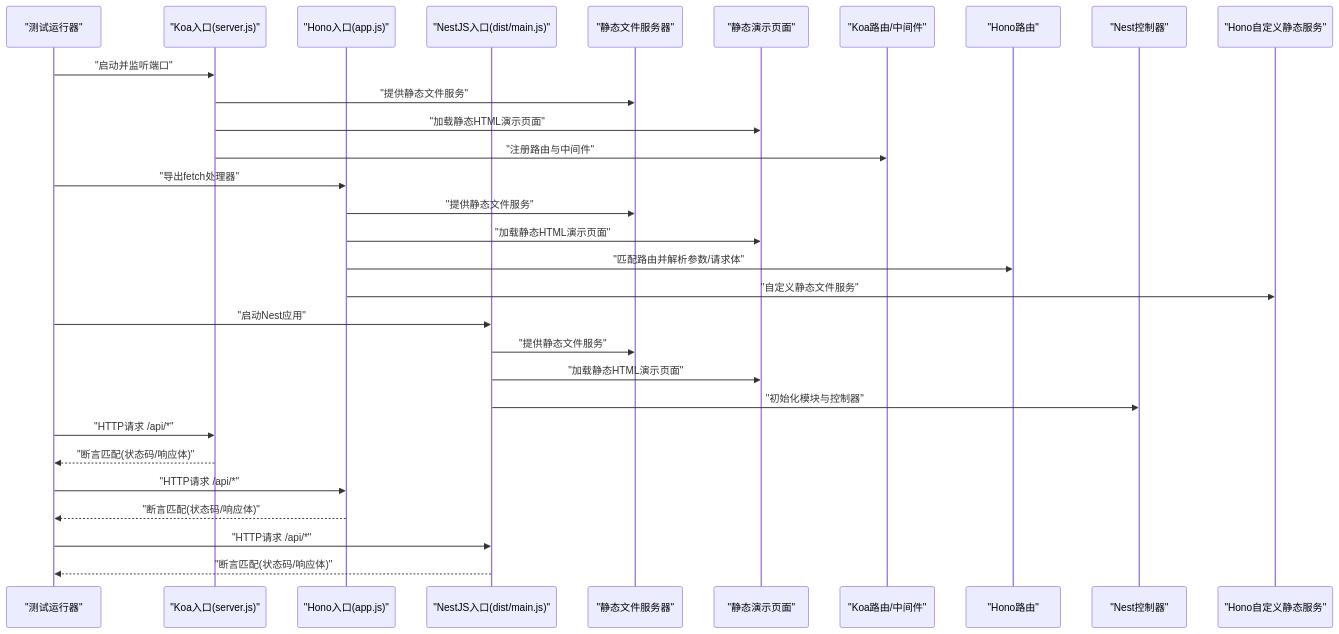
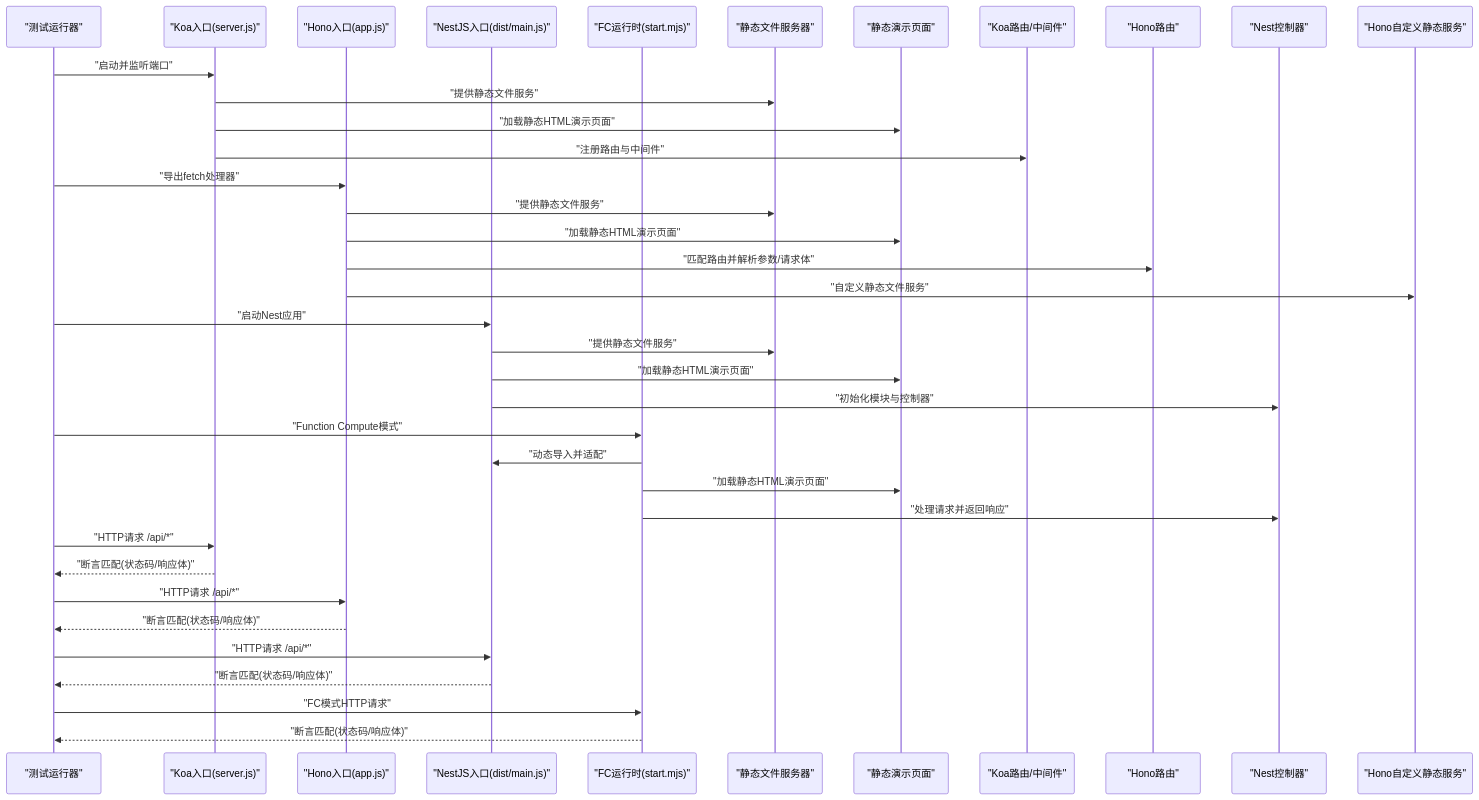
One commit to esa-sp/test-for-aone-ci changed the second of 8 diagrams in .qoder/repowiki/zh/content/后端框架测试/Koa、Hono、NestJS框架测试.md. Above: the diagram before and after it, drawn with Mermaid. The commit also changed other lines of this file and 51 other files, not shown here.

````diff
--- a/.qoder/repowiki/zh/content/后端框架测试/Koa、Hono、NestJS框架测试.md
+++ b/.qoder/repowiki/zh/content/后端框架测试/Koa、Hono、NestJS框架测试.md
@@ -169,32 +191,39 @@
 ```mermaid
 sequenceDiagram
 participant Runner as "测试运行器"
 participant KoaEntry as "Koa入口(server.js)"
 participant HonoEntry as "Hono入口(app.js)"
 participant NestEntry as "NestJS入口(dist/main.js)"
+participant FCRuntime as "FC运行时(start.mjs)"
 participant StaticServer as "静态文件服务器"
 participant DemoPage as "静态演示页面"
 participant KoaRouter as "Koa路由/中间件"
 participant HonoRouter as "Hono路由"
 participant NestCtrl as "Nest控制器"
 participant HonoCustomStatic as "Hono自定义静态服务"
 Runner->>KoaEntry : "启动并监听端口"
 KoaEntry->>StaticServer : "提供静态文件服务"
 KoaEntry->>DemoPage : "加载静态HTML演示页面"
 KoaEntry->>KoaRouter : "注册路由与中间件"
 Runner->>HonoEntry : "导出fetch处理器"
 HonoEntry->>StaticServer : "提供静态文件服务"
 HonoEntry->>DemoPage : "加载静态HTML演示页面"
 HonoEntry->>HonoRouter : "匹配路由并解析参数/请求体"
 HonoEntry->>HonoCustomStatic : "自定义静态文件服务"
 Runner->>NestEntry : "启动Nest应用"
 NestEntry->>StaticServer : "提供静态文件服务"
 NestEntry->>DemoPage : "加载静态HTML演示页面"
 NestEntry->>NestCtrl : "初始化模块与控制器"
+Runner->>FCRuntime : "Function Compute模式"
+FCRuntime->>NestEntry : "动态导入并适配"
+FCRuntime->>DemoPage : "加载静态HTML演示页面"
+FCRuntime->>NestCtrl : "处理请求并返回响应"
 Runner->>KoaEntry : "HTTP请求 /api/*"
 KoaEntry-->>Runner : "断言匹配(状态码/响应体)"
 Runner->>HonoEntry : "HTTP请求 /api/*"
 HonoEntry-->>Runner : "断言匹配(状态码/响应体)"
 Runner->>NestEntry : "HTTP请求 /api/*"
 NestEntry-->>Runner : "断言匹配(状态码/响应体)"
+Runner->>FCRuntime : "FC模式HTTP请求"
+FCRuntime-->>Runner : "断言匹配(状态码/响应体)"
 ```
````
